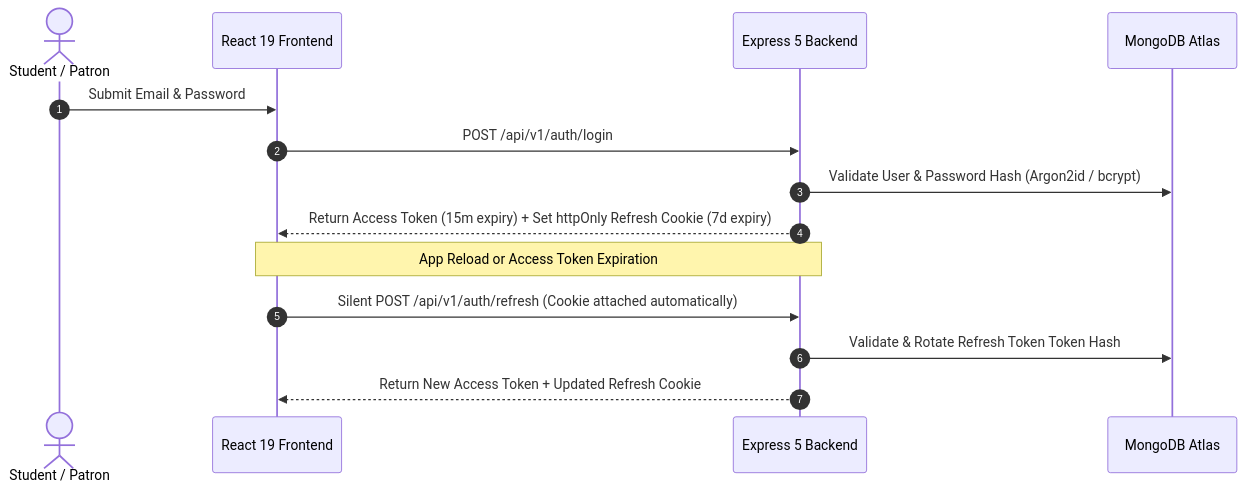
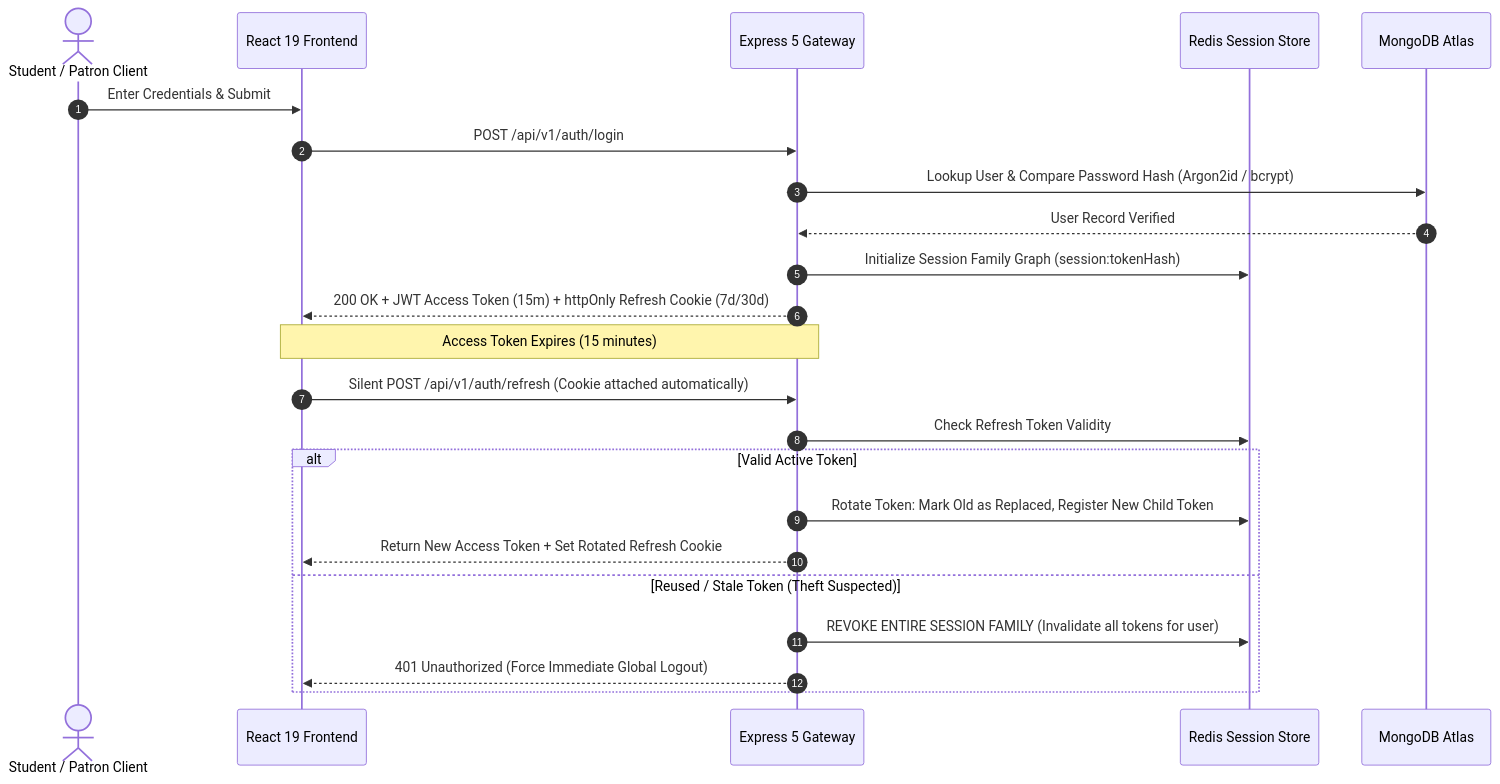
One commit to Aditya-Naikwadi/bookbuddy changed the second of 3 diagrams in README.md. Above: the diagram before and after it, drawn with Mermaid. The commit also changed other lines of this file and 2 other files, not shown here.

````diff
--- a/README.md
+++ b/README.md
@@ -163,17 +145,27 @@
 ```mermaid
 sequenceDiagram
     autonumber
-    actor Student as Student / Patron
-    participant SPA as React 19 Frontend
-    participant Server as Express 5 Backend
+    actor Patron as Student / Patron Client
+    participant Frontend as React 19 Frontend
+    participant Gateway as Express 5 Gateway
+    participant Redis as Redis Session Store
     participant DB as MongoDB Atlas
 
-    Student->>SPA: Submit Email & Password
-    SPA->>Server: POST /api/v1/auth/login
-    Server->>DB: Validate User & Password Hash (Argon2id / bcrypt)
-    Server-->>SPA: Return Access Token (15m expiry) + Set httpOnly Refresh Cookie (7d expiry)
-    Note over SPA,Server: App Reload or Access Token Expiration
-    SPA->>Server: Silent POST /api/v1/auth/refresh (Cookie attached automatically)
-    Server->>DB: Validate & Rotate Refresh Token Token Hash
-    Server-->>SPA: Return New Access Token + Updated Refresh Cookie
+    Patron->>Frontend: Enter Credentials & Submit
+    Frontend->>Gateway: POST /api/v1/auth/login
+    Gateway->>DB: Lookup User & Compare Password Hash (Argon2id / bcrypt)
+    DB-->>Gateway: User Record Verified
+    Gateway->>Redis: Initialize Session Family Graph (session:tokenHash)
+    Gateway-->>Frontend: 200 OK + JWT Access Token (15m) + httpOnly Refresh Cookie (7d/30d)
+
+    Note over Frontend,Gateway: Access Token Expires (15 minutes)
+    Frontend->>Gateway: Silent POST /api/v1/auth/refresh (Cookie attached automatically)
+    Gateway->>Redis: Check Refresh Token Validity
+    alt Valid Active Token
+        Gateway->>Redis: Rotate Token: Mark Old as Replaced, Register New Child Token
+        Gateway-->>Frontend: Return New Access Token + Set Rotated Refresh Cookie
+    else Reused / Stale Token (Theft Suspected)
+        Gateway->>Redis: REVOKE ENTIRE SESSION FAMILY (Invalidate all tokens for user)
+        Gateway-->>Frontend: 401 Unauthorized (Force Immediate Global Logout)
+    end
 ```
````
